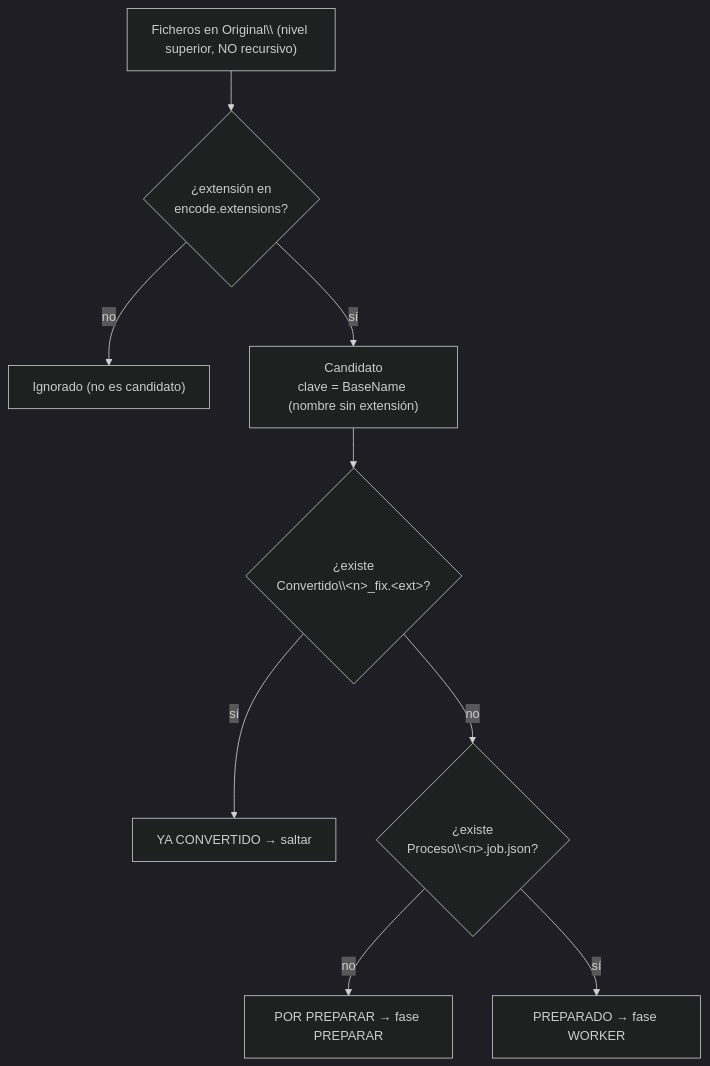
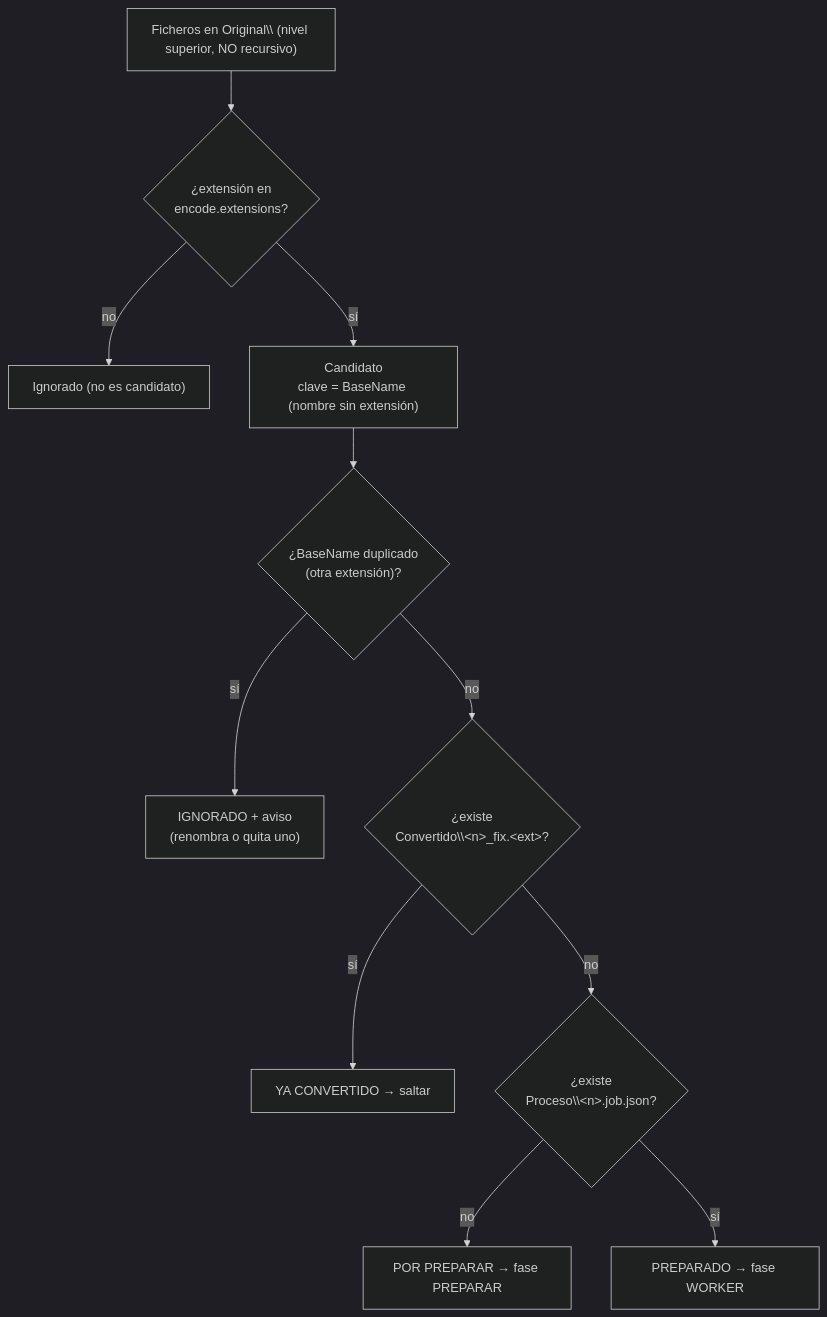
One commit to vsc55/ConversorVideoCMD changed the second of 5 diagrams in docs/flujo.md. Above: the diagram before and after it, drawn with Mermaid (dark theme). The commit also changed other lines of this file and 8 other files, not shown here.

````diff
--- a/docs/flujo.md
+++ b/docs/flujo.md
@@ -37,11 +37,13 @@
 ```mermaid
 flowchart TD
     A["Ficheros en Original\\ (nivel superior, NO recursivo)"] --> B{"¿extensión en<br/>encode.extensions?"}
     B -- "no" --> X["Ignorado (no es candidato)"]
     B -- "sí" --> C["Candidato<br/>clave = BaseName (nombre sin extensión)"]
-    C --> D{"¿existe<br/>Convertido\\&lt;n&gt;_fix.&lt;ext&gt;?"}
+    C --> DUP{"¿BaseName duplicado<br/>(otra extensión)?"}
+    DUP -- "sí" --> XI["IGNORADO + aviso<br/>(renombra o quita uno)"]
+    DUP -- "no" --> D{"¿existe<br/>Convertido\\&lt;n&gt;_fix.&lt;ext&gt;?"}
     D -- "sí" --> E["YA CONVERTIDO → saltar"]
     D -- "no" --> F{"¿existe<br/>Proceso\\&lt;n&gt;.job.json?"}
     F -- "no" --> G["POR PREPARAR → fase PREPARAR"]
     F -- "sí" --> H["PREPARADO → fase WORKER"]
 ```
````
